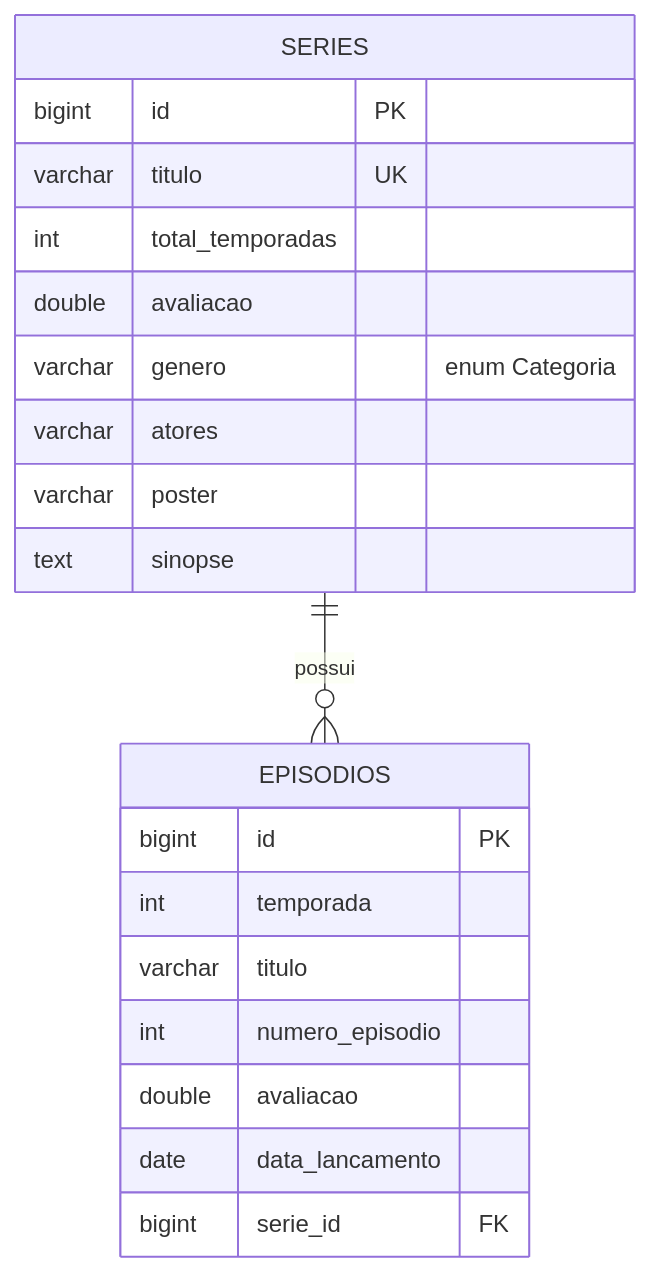
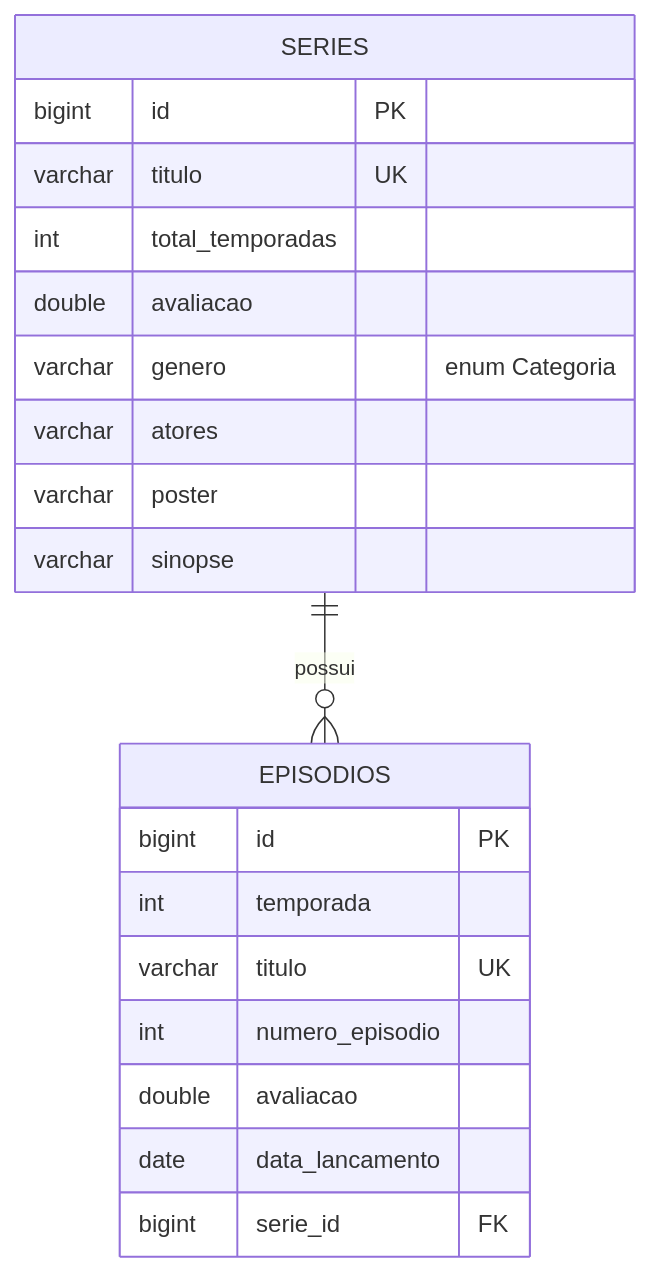
Before and after one commit to IgorPedrol/Screenmatch: the fifth of 5 diagrams in README.md, drawn with Mermaid. The commit also changed other lines of this file, not shown here.

````diff
--- a/README.md
+++ b/README.md
@@ -218,25 +237,25 @@
 ```mermaid
 erDiagram
     SERIES ||--o{ EPISODIOS : "possui"
 
     SERIES {
         bigint id PK
         varchar titulo UK
         int total_temporadas
         double avaliacao
         varchar genero "enum Categoria"
         varchar atores
         varchar poster
-        text sinopse
+        varchar sinopse
     }
 
     EPISODIOS {
         bigint id PK
         int temporada
-        varchar titulo
+        varchar titulo UK
         int numero_episodio
         double avaliacao
         date data_lancamento
         bigint serie_id FK
     }
 ```
````
